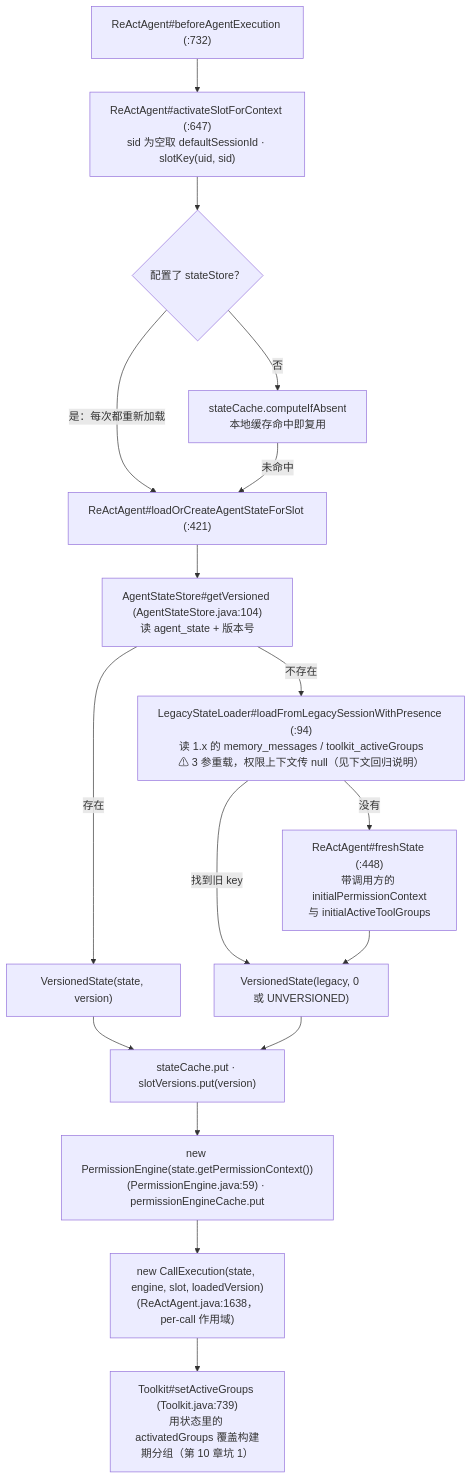
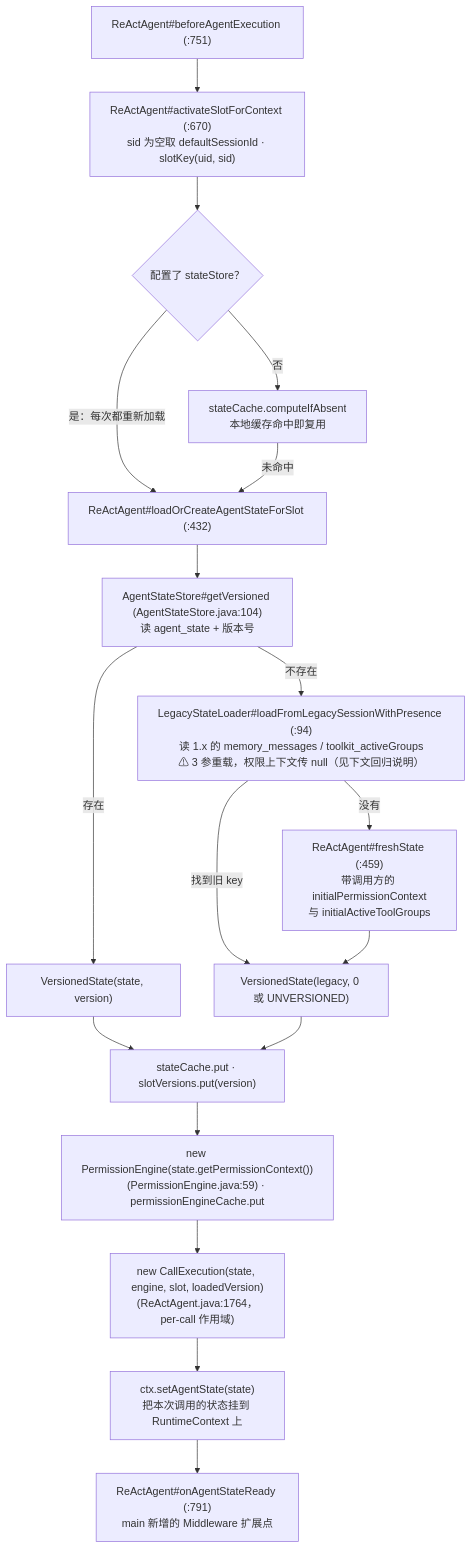
The fourth of 5 diagrams in 02-消息与状态模型.md (liulangjietou/AgentScope-source-analysis), drawn with Mermaid before and after one commit. The commit also changed other lines of this file, not shown here.

First line of the commit message:
docs(ch02): sync message and state model to upstream main e9721285

````diff
--- a/02-消息与状态模型.md
+++ b/02-消息与状态模型.md
@@ -181,19 +225,20 @@
 ```mermaid
 flowchart TB
-    BE["ReActAgent#beforeAgentExecution (:732)"] --> ACT["ReActAgent#activateSlotForContext (:647)<br/>sid 为空取 defaultSessionId · slotKey(uid, sid)"]
+    BE["ReActAgent#beforeAgentExecution (:751)"] --> ACT["ReActAgent#activateSlotForContext (:670)<br/>sid 为空取 defaultSessionId · slotKey(uid, sid)"]
     ACT --> HAS{"配置了 stateStore？"}
     HAS -->|"否"| MEM["stateCache.computeIfAbsent<br/>本地缓存命中即复用"]
-    HAS -->|"是：每次都重新加载"| LOAD["ReActAgent#loadOrCreateAgentStateForSlot (:421)"]
+    HAS -->|"是：每次都重新加载"| LOAD["ReActAgent#loadOrCreateAgentStateForSlot (:432)"]
     MEM -->|"未命中"| LOAD
     LOAD --> GV["AgentStateStore#getVersioned (AgentStateStore.java:104)<br/>读 agent_state + 版本号"]
     GV -->|"存在"| VS["VersionedState(state, version)"]
     GV -->|"不存在"| LEG["LegacyStateLoader#loadFromLegacySessionWithPresence (:94)<br/>读 1.x 的 memory_messages / toolkit_activeGroups<br/>⚠ 3 参重载，权限上下文传 null（见下文回归说明）"]
     LEG -->|"找到旧 key"| VS0["VersionedState(legacy, 0 或 UNVERSIONED)"]
-    LEG -->|"没有"| FRESH["ReActAgent#freshState (:448)<br/>带调用方的 initialPermissionContext<br/>与 initialActiveToolGroups"]
+    LEG -->|"没有"| FRESH["ReActAgent#freshState (:459)<br/>带调用方的 initialPermissionContext<br/>与 initialActiveToolGroups"]
     FRESH --> VS0
     VS --> PUT["stateCache.put · slotVersions.put(version)"]
     VS0 --> PUT
     PUT --> PE["new PermissionEngine(state.getPermissionContext())<br/>(PermissionEngine.java:59) · permissionEngineCache.put"]
-    PE --> CE["new CallExecution(state, engine, slot, loadedVersion)<br/>(ReActAgent.java:1638，per-call 作用域)"]
-    CE --> TK["Toolkit#setActiveGroups (Toolkit.java:739)<br/>用状态里的 activatedGroups 覆盖构建期分组（第 10 章坑 1）"]
+    PE --> CE["new CallExecution(state, engine, slot, loadedVersion)<br/>(ReActAgent.java:1764，per-call 作用域)"]
+    CE --> RC["ctx.setAgentState(state)<br/>把本次调用的状态挂到 RuntimeContext 上"]
+    RC --> READY["ReActAgent#onAgentStateReady (:791)<br/>main 新增的 Middleware 扩展点"]
 ```
````
